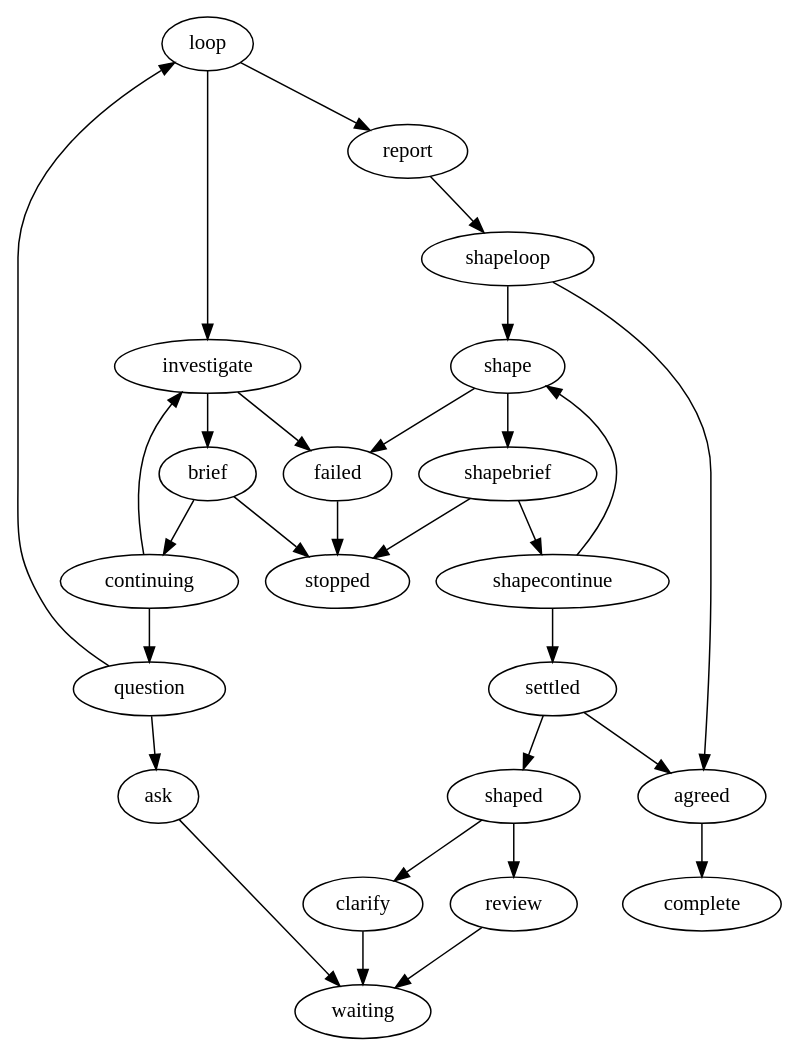
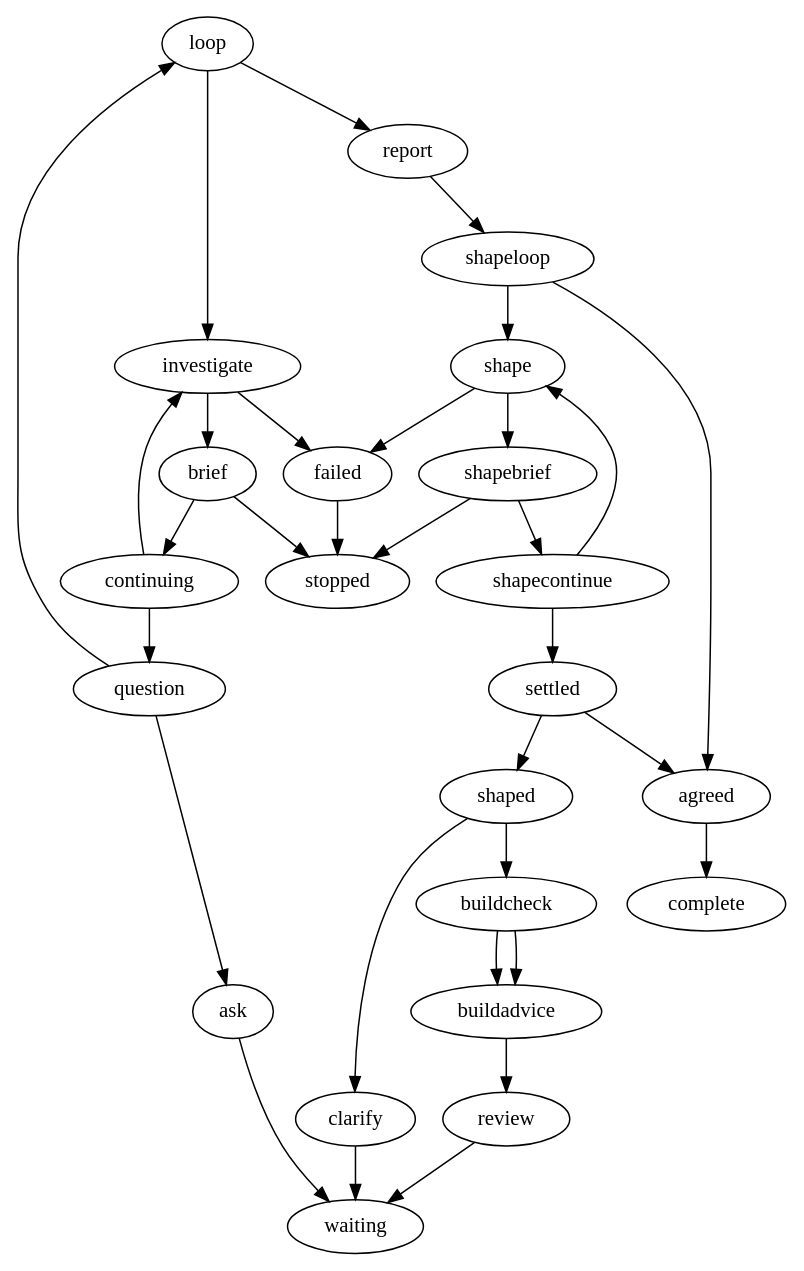
The diagram in teams/python-fastapi/v1.0.0/research/research.dot (marioatcloudvane/litefactory), drawn with Graphviz before and after one commit. The commit also changed 1006 other files, not shown here.

```diff
--- a/teams/python-fastapi/v1.0.0/research/research.dot
+++ b/teams/python-fastapi/v1.0.0/research/research.dot
@@ -1,76 +1,86 @@
 // Research runs in two owner-authorized stages, each with one reasoning role.
 //
 // Clarification is an introduction: one pass, publish, hand on. Shaping is
 // where the work happens, so it cannot advance on its own — the only edge into
 // its final publication needs "approved", which the factory follows when an authenticated
 // owner replies done to the current review, without another agent invocation. Everything else loops back for another pass.
 //
 // One run advances one stage. Publishing the report parks the instance, and a
 // graph dispatch carries it into the run that continues it. Limits persist
 // across replies, and every loop, branch and comment names the agent whose
 // response it reads, so a later stage bootstraps from its own default instead
 // of inheriting the previous one's. The ask default initializes only the first
 // evaluation of each stage.
+//
+// Before a shaped draft goes to the owner for review, a builder check judges
+// the saved result and publishes its advice as a comment. It is advisory: it
+// cannot decide, ask or approve, and success and failure both continue to the
+// same review.
 digraph research {
  graph [team="python-fastapi", mode="research", profile_version="1", start="loop"];
 
  // ---- Stage 1: clarification -------------------------------------------
  loop        [lf_action="lf_loop",    lf_outcomes="true,false", lf_field="response", lf_condition="ask", lf_default="ask", lf_limit="8", lf_source="investigate"];
  continuing [lf_action="lf_if", lf_outcomes="true,false", lf_field="response", lf_condition="continue", lf_limit="8", lf_source="investigate"];
  brief [lf_action="lf_research_brief", lf_outcomes="success,failed", lf_source="investigate", lf_limit="8"];
- investigate [lf_action="lf_agent",   lf_outcomes="success,failed", lf_agent_markdown="research", lf_skills="research-evidence", lf_limit="8"];
+ investigate [lf_action="lf_agent",   lf_outcomes="success,failed", lf_agent_markdown="research", lf_skills="research-evidence,research-mode-feature,research-mode-change,research-mode-bug,research-mode-refactor,research-mode-integration,research-mode-operations,research-mode-agent-guidance", lf_limit="8"];
  question    [lf_action="lf_if",      lf_outcomes="true,false", lf_field="response", lf_condition="ask", lf_limit="8", lf_source="investigate"];
  ask         [lf_action="lf_ask", lf_outcomes="published", lf_kind="question", lf_limit="8", lf_source="investigate"];
  report      [lf_action="lf_comment", lf_outcomes="published", lf_kind="final",    lf_limit="1", lf_source="investigate"];
 
  // ---- Stage 2: shaping ---------------------------------------------------
  shapeloop   [lf_action="lf_loop",    lf_outcomes="true,false", lf_field="response", lf_condition="ask", lf_default="ask", lf_limit="8", lf_source="shape"];
  shapecontinue [lf_action="lf_if", lf_outcomes="true,false", lf_field="response", lf_condition="continue", lf_limit="8", lf_source="shape"];
  shapebrief [lf_action="lf_research_brief", lf_outcomes="success,failed", lf_source="shape", lf_limit="8"];
- shape       [lf_action="lf_agent",   lf_outcomes="success,failed", lf_agent_markdown="shaping", lf_skills="research-evidence", lf_limit="8"];
+ shape       [lf_action="lf_agent",   lf_outcomes="success,failed", lf_agent_markdown="shaping", lf_skills="research-evidence,research-mode-feature,research-mode-change,research-mode-bug,research-mode-refactor,research-mode-integration,research-mode-operations,research-mode-agent-guidance", lf_limit="8"];
  settled     [lf_action="lf_if",      lf_outcomes="true,false", lf_field="response", lf_condition="approved", lf_limit="8", lf_source="shape"];
  shaped      [lf_action="lf_if",      lf_outcomes="true,false", lf_field="response", lf_condition="ask", lf_limit="8", lf_source="shape"];
  clarify     [lf_action="lf_ask", lf_outcomes="published", lf_kind="question", lf_limit="8", lf_source="shape"];
  review      [lf_action="lf_ask", lf_outcomes="published", lf_kind="review",   lf_limit="8", lf_source="shape"];
  agreed      [lf_action="lf_comment", lf_outcomes="published", lf_kind="final",    lf_limit="1", lf_source="shape"];
+ buildcheck  [lf_action="lf_judge", lf_outcomes="success,failed", lf_source="shape", lf_agent="codex", lf_limit="8", lf_focus="Builder check. Read only the pinned saved shaping result (the source of its brief), not the discussion. You will plan from this alone. List only the questions whose answer would change what gets built, sorted into: already answered (the brief should say it more clearly), agent's call (Research may decide; say what it would assume), owner's (needs the owner). Check that every O- outcome is clear and testable, that N-/K- boundaries are explicit, that the impact analysis names what is touched, who depends on it and what must be retired or migrated, and that S-01 mode and size fit the request. Keep it short: AI;DR first, then the three groups; omit empty groups. Advisory only."];
+ buildadvice [lf_action="lf_comment", lf_outcomes="published", lf_kind="advisory", lf_limit="8", lf_source="buildcheck"];
 
  // ---- Failure and terminals ----------------------------------------------
  failed      [lf_action="lf_comment", lf_outcomes="published", lf_kind="failure",  lf_limit="1"];
  waiting     [lf_terminal="true"];
  complete    [lf_terminal="true"];
  stopped     [lf_terminal="true"];
 
  // Stage 1: investigate until the request is clear, then report and hand on.
  loop        -> investigate [lf_on="true"];
  loop        -> report      [lf_on="false"];
  investigate -> brief       [lf_on="success"];
  brief -> continuing [lf_on="success"];
  continuing -> investigate [lf_on="true"];
  continuing -> question [lf_on="false"];
  brief -> stopped [lf_on="failed"];
  question    -> ask         [lf_on="true"];    // needs an answer
  question    -> loop        [lf_on="false"];   // nothing to ask; report
  ask         -> waiting     [lf_on="published"];
  report      -> shapeloop   [lf_on="published"];  // hands over; does not end
 
  // Stage 2: shape, show the owner, and advance only once they approve.
  shapeloop   -> shape       [lf_on="true"];
  shapeloop   -> agreed      [lf_on="false"];
  shape       -> shapebrief  [lf_on="success"];
  shapebrief -> shapecontinue [lf_on="success"];
  shapecontinue -> shape [lf_on="true"];
  shapecontinue -> settled [lf_on="false"];
  shapebrief -> stopped [lf_on="failed"];
  settled     -> agreed      [lf_on="true"];    // the owner approved
  settled     -> shaped      [lf_on="false"];
  shaped      -> clarify     [lf_on="true"];    // needs an answer
- shaped      -> review      [lf_on="false"];   // has a draft; asks if it stands
+ shaped      -> buildcheck  [lf_on="false"];   // has a draft; builder check first
+ buildcheck  -> buildadvice [lf_on="success"];
+ buildcheck  -> buildadvice [lf_on="failed"];  // advisory: a failed check is published, not fatal
+ buildadvice -> review      [lf_on="published"]; // then asks if it stands
  clarify     -> waiting     [lf_on="published"];
  review      -> waiting     [lf_on="published"];
  agreed      -> complete    [lf_on="published"];
 
  // A failed stage reports why and stops; nothing retries on its own.
  investigate -> failed      [lf_on="failed"];
  shape       -> failed      [lf_on="failed"];
  failed      -> stopped     [lf_on="published"];
 }
```
